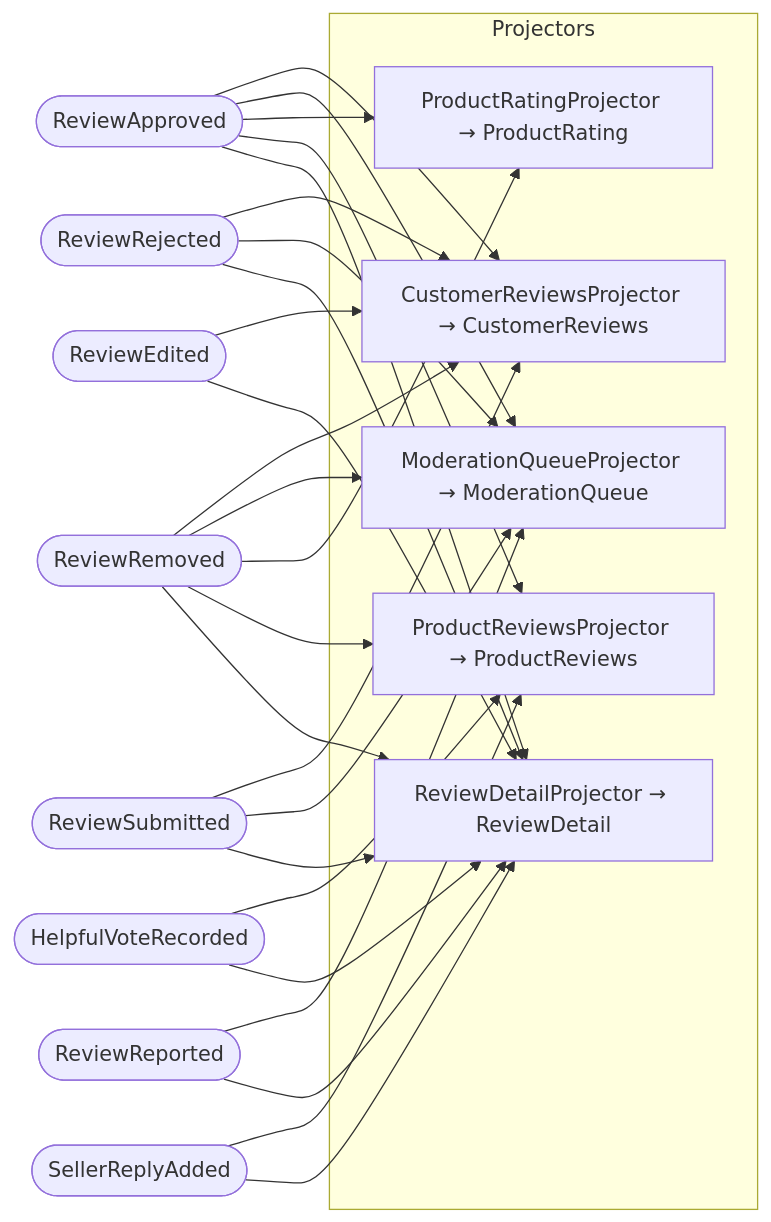
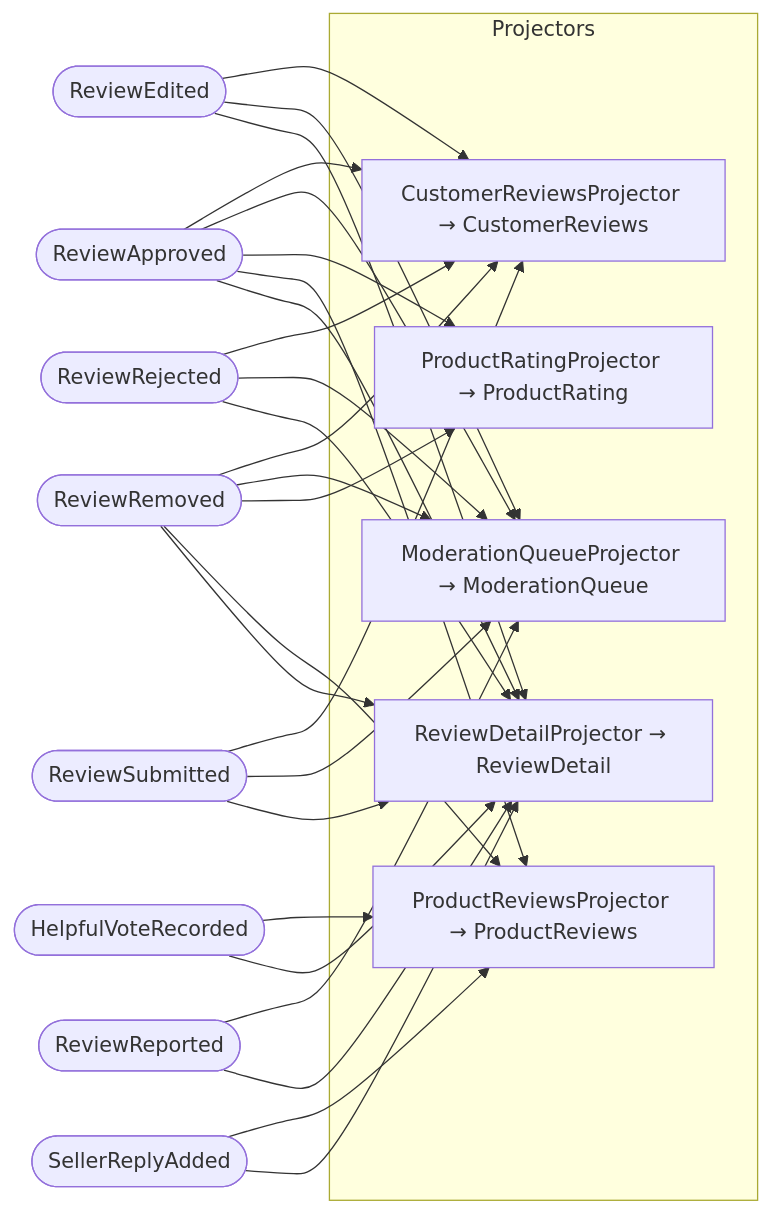
The second of 2 diagrams in docs/reviews/event-flows.md (proteanhq/shopstream), drawn with Mermaid before and after one commit. The commit also changed 15 other files, not shown here.

First line of the commit message:
Return edited rejected reviews to the moderation queue and cover the miss branches

````diff
--- a/docs/reviews/event-flows.md
+++ b/docs/reviews/event-flows.md
@@ -56,42 +56,43 @@
 ```mermaid
 flowchart LR
     evt_reviews_review_events_HelpfulVoteRecorded([HelpfulVoteRecorded])
     evt_reviews_review_events_ReviewApproved([ReviewApproved])
     evt_reviews_review_events_ReviewEdited([ReviewEdited])
     evt_reviews_review_events_ReviewRejected([ReviewRejected])
     evt_reviews_review_events_ReviewRemoved([ReviewRemoved])
     evt_reviews_review_events_ReviewReported([ReviewReported])
     evt_reviews_review_events_ReviewSubmitted([ReviewSubmitted])
     evt_reviews_review_events_SellerReplyAdded([SellerReplyAdded])
     subgraph projectors["Projectors"]
         proj_reviews_projections_customer_reviews_CustomerReviewsProjector[CustomerReviewsProjector → CustomerReviews]
         proj_reviews_projections_moderation_queue_ModerationQueueProjector[ModerationQueueProjector → ModerationQueue]
         proj_reviews_projections_product_rating_ProductRatingProjector[ProductRatingProjector → ProductRating]
         proj_reviews_projections_product_reviews_ProductReviewsProjector[ProductReviewsProjector → ProductReviews]
         proj_reviews_projections_review_detail_ReviewDetailProjector[ReviewDetailProjector → ReviewDetail]
     end
     evt_reviews_review_events_ReviewApproved --> proj_reviews_projections_customer_reviews_CustomerReviewsProjector
     evt_reviews_review_events_ReviewEdited --> proj_reviews_projections_customer_reviews_CustomerReviewsProjector
     evt_reviews_review_events_ReviewRejected --> proj_reviews_projections_customer_reviews_CustomerReviewsProjector
     evt_reviews_review_events_ReviewRemoved --> proj_reviews_projections_customer_reviews_CustomerReviewsProjector
     evt_reviews_review_events_ReviewSubmitted --> proj_reviews_projections_customer_reviews_CustomerReviewsProjector
     evt_reviews_review_events_ReviewApproved --> proj_reviews_projections_moderation_queue_ModerationQueueProjector
+    evt_reviews_review_events_ReviewEdited --> proj_reviews_projections_moderation_queue_ModerationQueueProjector
     evt_reviews_review_events_ReviewRejected --> proj_reviews_projections_moderation_queue_ModerationQueueProjector
     evt_reviews_review_events_ReviewRemoved --> proj_reviews_projections_moderation_queue_ModerationQueueProjector
     evt_reviews_review_events_ReviewReported --> proj_reviews_projections_moderation_queue_ModerationQueueProjector
     evt_reviews_review_events_ReviewSubmitted --> proj_reviews_projections_moderation_queue_ModerationQueueProjector
     evt_reviews_review_events_ReviewApproved --> proj_reviews_projections_product_rating_ProductRatingProjector
     evt_reviews_review_events_ReviewRemoved --> proj_reviews_projections_product_rating_ProductRatingProjector
     evt_reviews_review_events_HelpfulVoteRecorded --> proj_reviews_projections_product_reviews_ProductReviewsProjector
     evt_reviews_review_events_ReviewApproved --> proj_reviews_projections_product_reviews_ProductReviewsProjector
     evt_reviews_review_events_ReviewRemoved --> proj_reviews_projections_product_reviews_ProductReviewsProjector
     evt_reviews_review_events_SellerReplyAdded --> proj_reviews_projections_product_reviews_ProductReviewsProjector
     evt_reviews_review_events_HelpfulVoteRecorded --> proj_reviews_projections_review_detail_ReviewDetailProjector
     evt_reviews_review_events_ReviewApproved --> proj_reviews_projections_review_detail_ReviewDetailProjector
     evt_reviews_review_events_ReviewEdited --> proj_reviews_projections_review_detail_ReviewDetailProjector
     evt_reviews_review_events_ReviewRejected --> proj_reviews_projections_review_detail_ReviewDetailProjector
     evt_reviews_review_events_ReviewRemoved --> proj_reviews_projections_review_detail_ReviewDetailProjector
     evt_reviews_review_events_ReviewReported --> proj_reviews_projections_review_detail_ReviewDetailProjector
     evt_reviews_review_events_ReviewSubmitted --> proj_reviews_projections_review_detail_ReviewDetailProjector
     evt_reviews_review_events_SellerReplyAdded --> proj_reviews_projections_review_detail_ReviewDetailProjector
 ```
````
